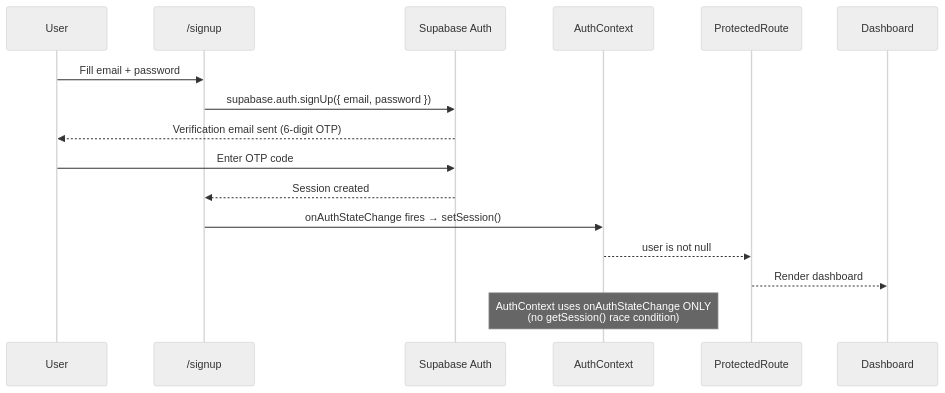
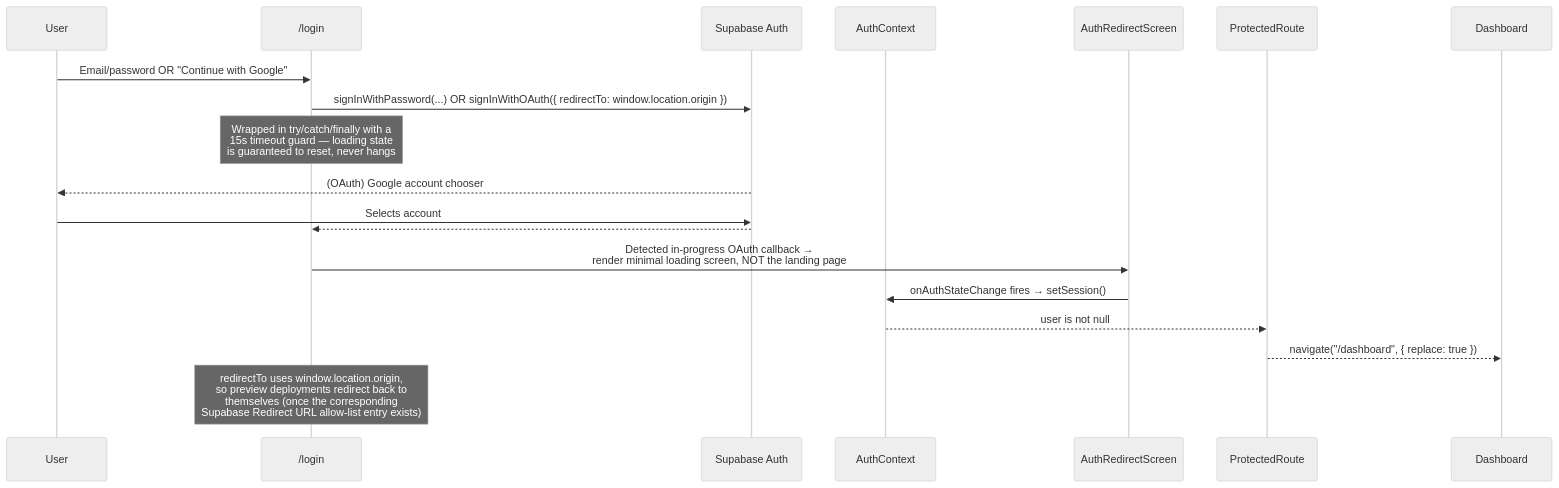
Before and after one commit to Pawanrudupa/carbon-zen-flow: the third of 9 diagrams in README.md, drawn with Mermaid (neutral theme). The commit also changed other lines of this file, not shown here.

````diff
--- a/README.md
+++ b/README.md
@@ -401,20 +446,23 @@
 ```mermaid
 sequenceDiagram
     participant U as User
-    participant SG as /signup
+    participant LG as /login
     participant SB as Supabase Auth
     participant AC as AuthContext
+    participant ARS as AuthRedirectScreen
     participant PR as ProtectedRoute
     participant DB as Dashboard
 
-    U->>SG: Fill email + password
-    SG->>SB: supabase.auth.signUp({ email, password })
-    SB-->>U: Verification email sent (6-digit OTP)
-    U->>SB: Enter OTP code
-    SB-->>SG: Session created
-    SG->>AC: onAuthStateChange fires → setSession()
+    U->>LG: Email/password OR "Continue with Google"
+    LG->>SB: signInWithPassword(...) OR signInWithOAuth({ redirectTo: window.location.origin })
+    Note over LG: Wrapped in try/catch/finally with a<br/>15s timeout guard — loading state<br/>is guaranteed to reset, never hangs
+    SB-->>U: (OAuth) Google account chooser
+    U->>SB: Selects account
+    SB-->>LG: #access_token=... on redirect
+    LG->>ARS: Detected in-progress OAuth callback →<br/>render minimal loading screen, NOT the landing page
+    ARS->>AC: onAuthStateChange fires → setSession()
     AC-->>PR: user is not null
-    PR-->>DB: Render dashboard
+    PR-->>DB: navigate("/dashboard", { replace: true })
 
-    Note over AC: AuthContext uses onAuthStateChange ONLY<br/>(no getSession() race condition)
+    Note over LG: redirectTo uses window.location.origin,<br/>so preview deployments redirect back to<br/>themselves (once the corresponding<br/>Supabase Redirect URL allow-list entry exists)
 ```
````
